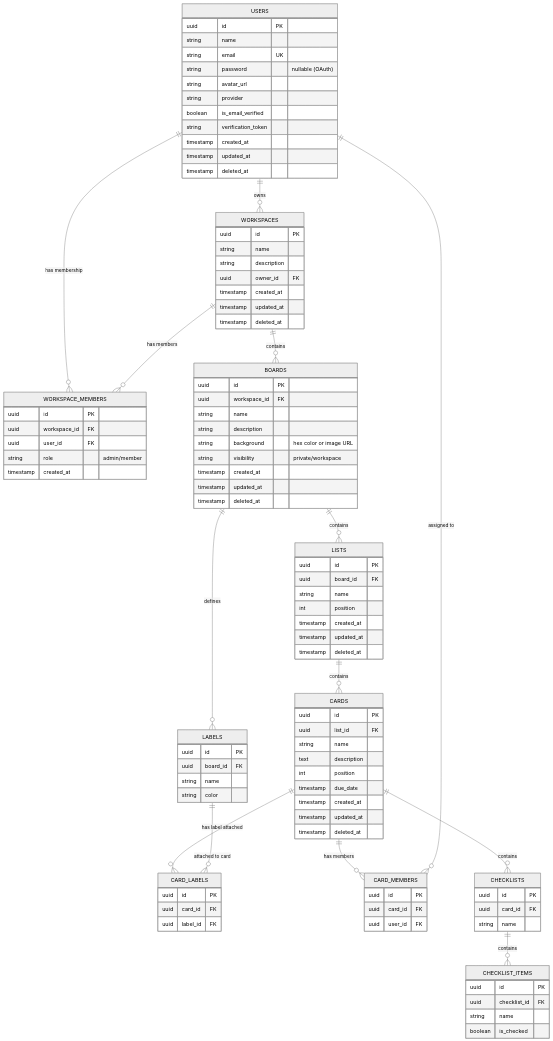
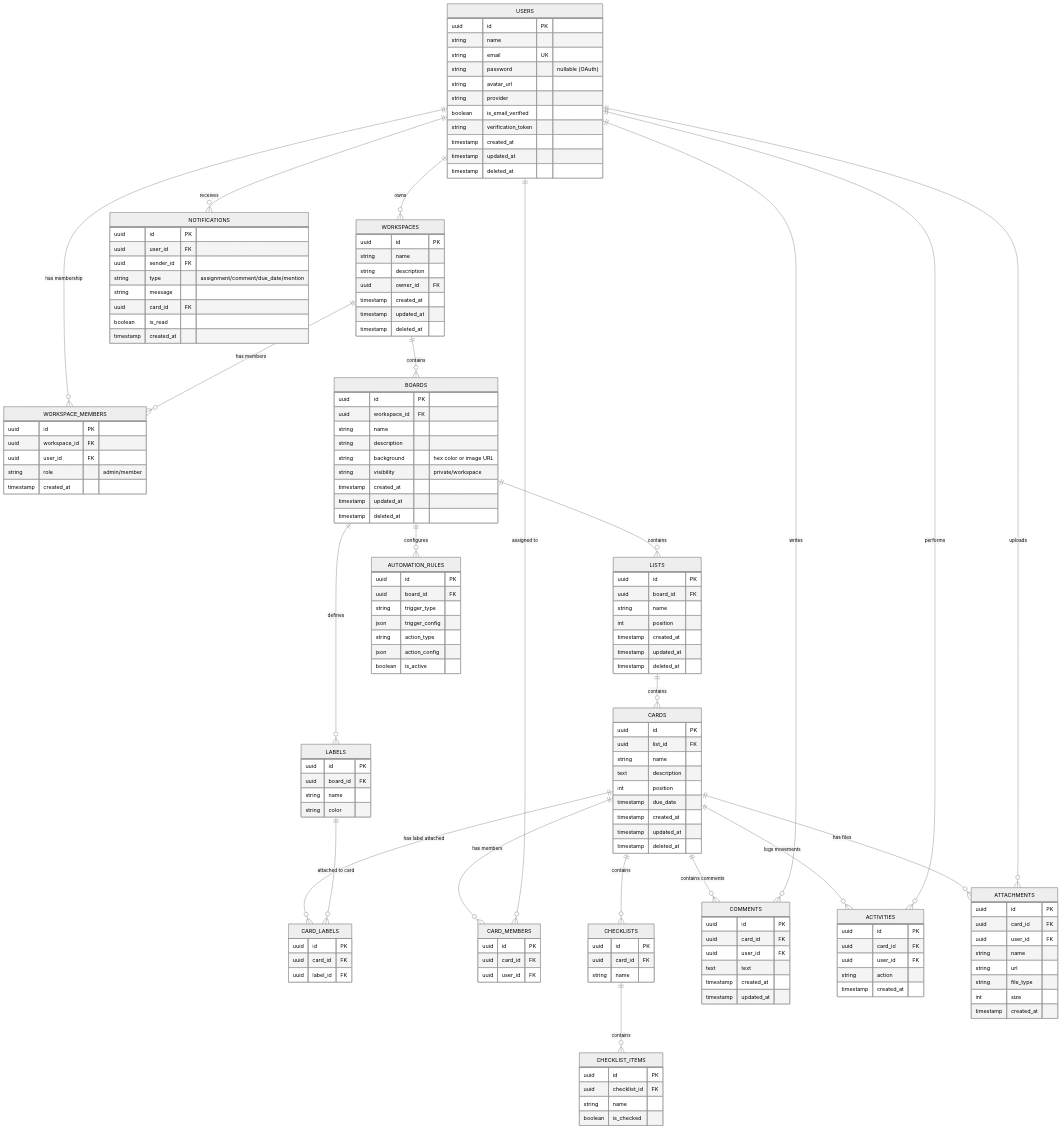
Before and after one commit to aguspranyoto/realtime-kanban-board: the diagram in database_erd.md, drawn with Mermaid (neutral theme). The commit also changed other lines of this file and 2 other files, not shown here.

Commit message:
feat: update project roadmap and database schema to include notifications, activity logs, file attachments, and automation rules

````diff
--- a/database_erd.md
+++ b/database_erd.md
@@ -12,6 +12,7 @@
     WORKSPACES ||--o{ WORKSPACE_MEMBERS : "has members"
     BOARDS ||--o{ LISTS : "contains"
     BOARDS ||--o{ LABELS : "defines"
+    BOARDS ||--o{ AUTOMATION_RULES : "configures"
     LISTS ||--o{ CARDS : "contains"
     CARDS ||--o{ CARD_LABELS : "has label attached"
     LABELS ||--o{ CARD_LABELS : "attached to card"
@@ -19,6 +20,15 @@
     USERS ||--o{ CARD_MEMBERS : "assigned to"
     CARDS ||--o{ CHECKLISTS : "contains"
     CHECKLISTS ||--o{ CHECKLIST_ITEMS : "contains"
+    
+    %% Future Roadmap Extensions %%
+    CARDS ||--o{ COMMENTS : "contains comments"
+    USERS ||--o{ COMMENTS : "writes"
+    CARDS ||--o{ ACTIVITIES : "logs movements"
+    USERS ||--o{ ACTIVITIES : "performs"
+    USERS ||--o{ NOTIFICATIONS : "receives"
+    CARDS ||--o{ ATTACHMENTS : "has files"
+    USERS ||--o{ ATTACHMENTS : "uploads"
 
     USERS {
         uuid id PK
@@ -117,4 +127,53 @@
         string name
         boolean is_checked
     }
+
+    COMMENTS {
+        uuid id PK
+        uuid card_id FK
+        uuid user_id FK
+        text text
+        timestamp created_at
+        timestamp updated_at
+    }
+
+    ACTIVITIES {
+        uuid id PK
+        uuid card_id FK
+        uuid user_id FK
+        string action
+        timestamp created_at
+    }
+
+    NOTIFICATIONS {
+        uuid id PK
+        uuid user_id FK
+        uuid sender_id FK
+        string type "assignment/comment/due_date/mention"
+        string message
+        uuid card_id FK
+        boolean is_read
+        timestamp created_at
+    }
+
+    ATTACHMENTS {
+        uuid id PK
+        uuid card_id FK
+        uuid user_id FK
+        string name
+        string url
+        string file_type
+        int size
+        timestamp created_at
+    }
+
+    AUTOMATION_RULES {
+        uuid id PK
+        uuid board_id FK
+        string trigger_type
+        json trigger_config
+        string action_type
+        json action_config
+        boolean is_active
+    }
 ```
````
